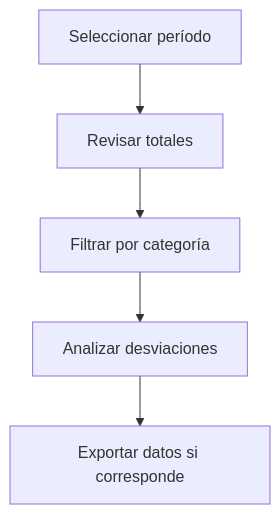
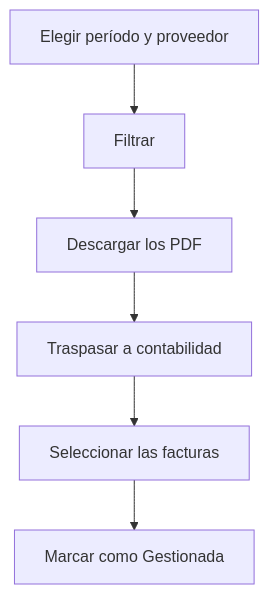
The diagram in frontend/src/help/es/purchase/purchaseinvoice/by-period.md (MGurtD/lilith), drawn with Mermaid before and after one commit. The commit also changed other lines of this file and 331 other files, not shown here.

````diff
--- a/frontend/src/help/es/purchase/purchaseinvoice/by-period.md
+++ b/frontend/src/help/es/purchase/purchaseinvoice/by-period.md
@@ -34,7 +44,8 @@
 ```mermaid
 flowchart TD
-    A[Seleccionar período] --> B[Revisar totales]
-    B --> C[Filtrar por categoría]
-    C --> D[Analizar desviaciones]
-    D --> E[Exportar datos si corresponde]
+    A[Elegir período y proveedor] --> B[Filtrar]
+    B --> C[Descargar los PDF]
+    C --> D[Traspasar a contabilidad]
+    D --> E[Seleccionar las facturas]
+    E --> F[Marcar como Gestionada]
 ```
````
